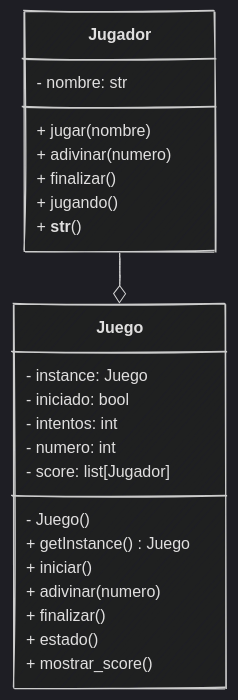
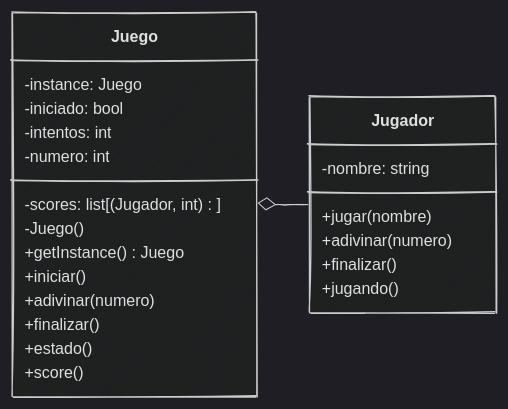
Before and after one commit to python-la-paz/python-study-group-oop: the second of 3 diagrams in content/sesion09/Readme.md, drawn with Mermaid. The commit also changed other lines of this file and 1 other file, not shown here.

````diff
--- a/content/sesion09/Readme.md
+++ b/content/sesion09/Readme.md
@@ -282,27 +303,27 @@
 ```mermaid
 %%{init: {"theme": "dark", "look": "handDrawn"  }}%%
 classDiagram
+direction LR
+    class Jugador {
+        -nombre: string
+        +jugar(nombre)
+        +adivinar(numero)
+        +finalizar()
+        +jugando()
+    }
     class Juego {
-        - instance: Juego
-        - iniciado: bool
-        - intentos: int
-        - numero: int
-        - score: list[Jugador]
-        - Juego()
-        + getInstance() Juego
-        + iniciar()
-        + adivinar(numero)
-        + finalizar()
-        + estado()
-        + mostrar_score()
+        -instance: Juego
+        -iniciado: bool
+        -intentos: int
+        -numero: int
+        -scores: list[(Jugador, int)]
+        -Juego()
+        +getInstance() Juego
+        +iniciar()
+        +adivinar(numero)
+        +finalizar()
+        +estado()
+        +score()
     }
-    class Jugador {
-        - nombre: str
-        + jugar(nombre)
-        + adivinar(numero)
-        + finalizar()
-        + jugando()
-        + __str__()
-    }
-    Jugador --o Juego
+    Juego o-- Jugador
 ```
````
